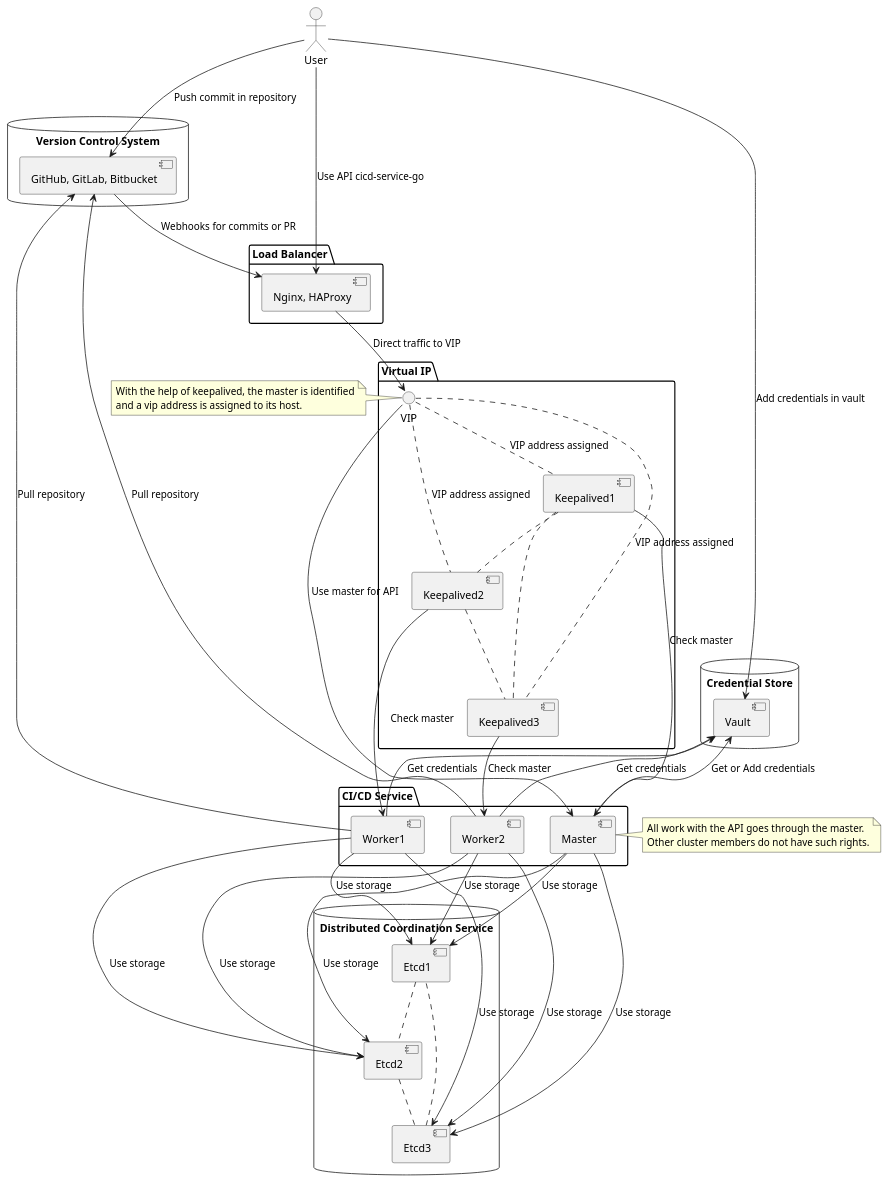
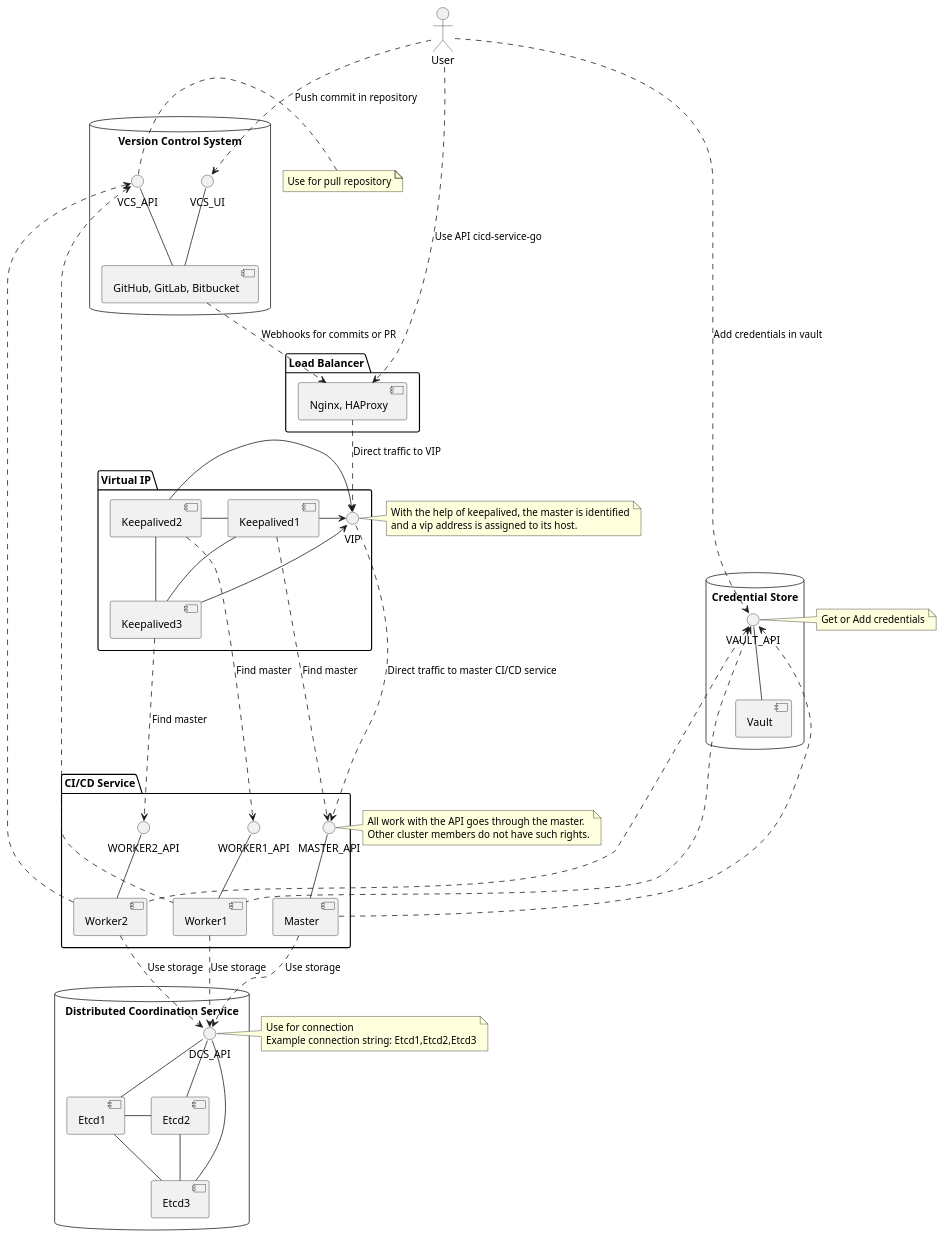
The diagram in doc/components.puml (JulianKap/cicd-service-go), drawn with PlantUML before and after one commit. The commit also changed 9 other files, not shown here.

Commit message:
chore: правки в диаграммах и пайплайне

```diff
--- a/doc/components.puml
+++ b/doc/components.puml
@@ -1,87 +1,109 @@
 @startuml
 
+top to bottom direction
+
 database "Version Control System" {
-    [GitHub, GitLab, Bitbucket] as VCS
+    interface VCS_UI
+    interface VCS_API
+    VCS_API -- [GitHub, GitLab, Bitbucket]
+    VCS_UI -- [GitHub, GitLab, Bitbucket]
 }
 
 database "Credential Store" {
-    [Vault]
+    interface VAULT_API
+    VAULT_API -- [Vault]
 }
 
 database "Distributed Coordination Service" {
-    [Etcd1] .. [Etcd2]
-    [Etcd2] .. [Etcd3]
-    [Etcd3] .. [Etcd1]
+    interface DCS_API
+    DCS_API -- [Etcd1]
+    DCS_API -- [Etcd2]
+    DCS_API -- [Etcd3]
+
+    [Etcd1] - [Etcd2]
+    [Etcd2] -- [Etcd3]
+    [Etcd3] -- [Etcd1]
 }
 
 package "Virtual IP" {
     interface VIP
 
     [Keepalived1] as KP1
     [Keepalived2] as KP2
     [Keepalived3] as KP3
 
-    VIP .. KP1 : VIP address assigned
-    VIP .. KP2 : VIP address assigned
-    VIP .. KP3 : VIP address assigned
+    VIP <-r- KP1
+    VIP <-r- KP2
+    VIP <-r- KP3
 
-    KP1 .. KP2
-    KP2 .. KP3
-    KP1 .. KP3
+    KP1 - KP2
+    KP2 -- KP3
+    KP1 -- KP3
 }
 
 package "Load Balancer" {
     [Nginx, HAProxy] as LB
 }
 
 package "CI/CD Service" {
-    [Master]
-    [Worker1]
-    [Worker2]
+    interface MASTER_API
+    interface WORKER1_API
+    interface WORKER2_API
+
+    MASTER_API -d- [Master]
+    WORKER1_API -d- [Worker1]
+    WORKER2_API -d- [Worker2]
 }
 
 actor User
 
-User --> VCS : Push commit in repository
-User --> [Vault] : Add credentials in vault
-User --> LB : Use API cicd-service-go
+User ..> VCS_UI : Push commit in repository
+User ..> VAULT_API : Add credentials in vault
+User ..> LB : Use API cicd-service-go
 
-VCS --> LB : Webhooks for commits or PR
-LB --> VIP : Direct traffic to VIP
+note right of VAULT_API
+Get or Add credentials
+end note
+
+[GitHub, GitLab, Bitbucket] ..> LB : Webhooks for commits or PR
+LB ..> VIP : Direct traffic to VIP
 
 note left of VIP
 With the help of keepalived, the master is identified
 and a vip address is assigned to its host.
 end note
 
-VIP --> [Master] : Use master for API
-note right of [Master]
+VIP ..> MASTER_API : Direct traffic to master CI/CD service
+
+note right of MASTER_API
 All work with the API goes through the master.
 Other cluster members do not have such rights.
 end note
 
-KP1 -down-> [Master] : Check master
-KP2 -down-> [Worker1] : Check master
-KP3 -down-> [Worker2] : Check master
 
-[Master] -up-> [Vault] : Get or Add credentials
-[Worker1] -up-> [Vault] : Get credentials
-[Worker2] -up-> [Vault] : Get credentials
+KP1 -d..> MASTER_API : Find master
+KP2 -d..> WORKER1_API : Find master
+KP3 -d..> WORKER2_API : Find master
 
-'[Master] -up-> VCS : Pull repository
-[Worker1] -up-> VCS : Pull repository
-[Worker2] -up-> VCS : Pull repository
+[Master] -u..> VAULT_API
+[Worker1] -u...> VAULT_API
+[Worker2] -u..> VAULT_API
 
-[Master] -down-> [Etcd1] : Use storage
-[Worker1] -down-> [Etcd1] : Use storage
-[Worker2] -down-> [Etcd1] : Use storage
+'[Master] -up-> VCS_API
+[Worker1] -u.> VCS_API
+[Worker2] -u.> VCS_API
 
-[Master] -down-> [Etcd2] : Use storage
-[Worker1] -down-> [Etcd2] : Use storage
-[Worker2] -down-> [Etcd2] : Use storage
+note left of VCS_API
+Use for pull repository
+end note
 
-[Master] -down-> [Etcd3] : Use storage
-[Worker1] -down-> [Etcd3] : Use storage
-[Worker2] -down-> [Etcd3] : Use storage
+[Master] ..> DCS_API : Use storage
+[Worker1] ..> DCS_API : Use storage
+[Worker2] ..> DCS_API : Use storage
+
+note right of DCS_API
+Use for connection
+Example connection string: Etcd1,Etcd2,Etcd3
+end note
 
 @enduml
```
